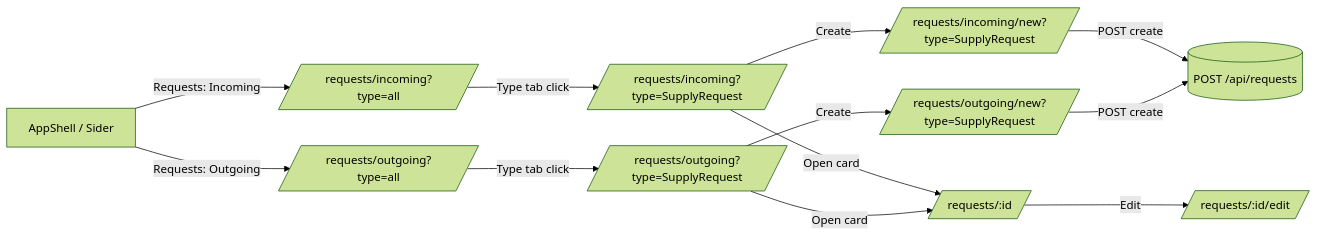
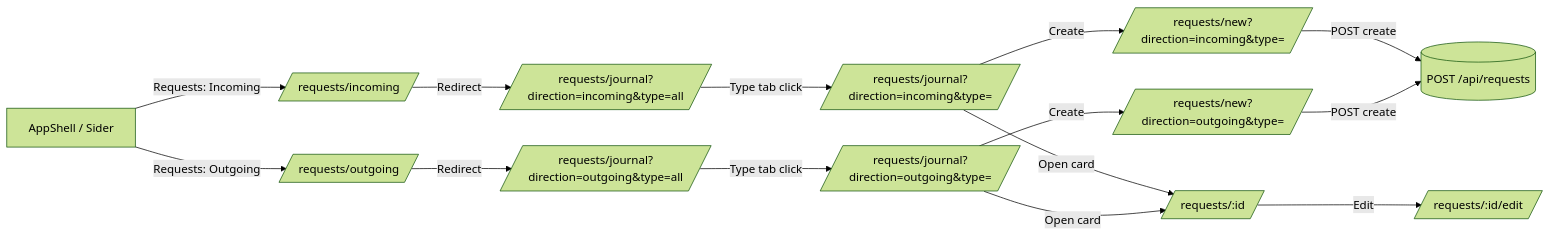
The first of 2 diagrams in doc/TZ_Etap3_2_IncomingOutgoing_Sider_TypeTabs.md (Paashik/MyIS), drawn with Mermaid (forest theme) before and after one commit. The commit also changed other lines of this file and 79 other files, not shown here.

````diff
--- a/doc/TZ_Etap3_2_IncomingOutgoing_Sider_TypeTabs.md
+++ b/doc/TZ_Etap3_2_IncomingOutgoing_Sider_TypeTabs.md
@@ -174,19 +166,22 @@
 ```mermaid
 flowchart LR
-  A[AppShell / Sider] -->|Requests: Incoming| I[/requests/incoming?type=all/]
-  A -->|Requests: Outgoing| O[/requests/outgoing?type=all/]
+  A[AppShell / Sider] -->|Requests: Incoming| I[/requests/incoming/]
+  A -->|Requests: Outgoing| O[/requests/outgoing/]
 
-  I -->|Type tab click| I2[/requests/incoming?type=SupplyRequest/]
-  O -->|Type tab click| O2[/requests/outgoing?type=SupplyRequest/]
+  I -->|Redirect| IJ[/requests/journal?direction=incoming&type=all/]
+  O -->|Redirect| OJ[/requests/journal?direction=outgoing&type=all/]
 
-  I2 -->|Create| IN[/requests/incoming/new?type=SupplyRequest/]
-  O2 -->|Create| ON[/requests/outgoing/new?type=SupplyRequest/]
+  IJ -->|Type tab click| I2[/requests/journal?direction=incoming&type=<requestTypeId>/]
+  OJ -->|Type tab click| O2[/requests/journal?direction=outgoing&type=<requestTypeId>/]
+
+  I2 -->|Create| IN[/requests/new?direction=incoming&type=<requestTypeId>/]
+  O2 -->|Create| ON[/requests/new?direction=outgoing&type=<requestTypeId>/]
 
   IN -->|POST create| API[(POST /api/requests)]
   ON -->|POST create| API
 
   I2 -->|Open card| D[/requests/:id/]
   O2 -->|Open card| D
 
   D -->|Edit| E[/requests/:id/edit/]
 ```
````
